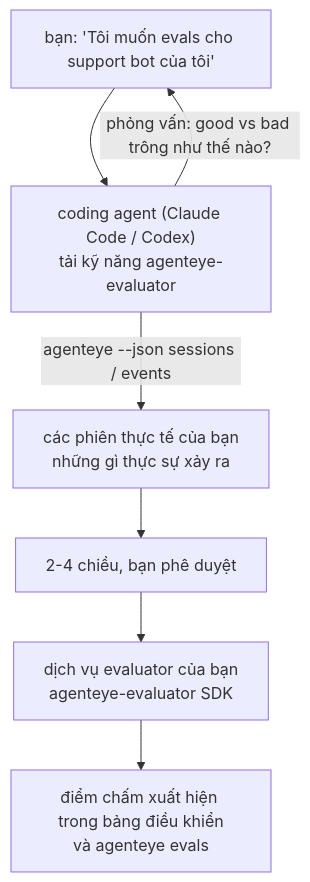
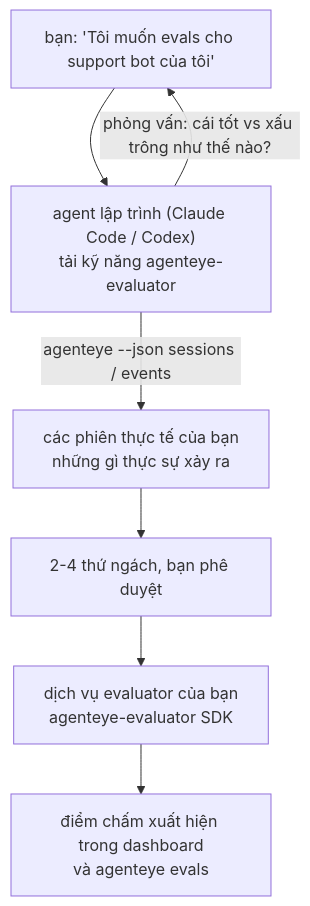
The diagram in docs/vi/agenteye/evaluator-skill.mdx (FailproofAI/failproofai), drawn with Mermaid before and after one commit. The commit also changed other lines of this file and 678 other files, not shown here.

````diff
--- a/docs/vi/agenteye/evaluator-skill.mdx
+++ b/docs/vi/agenteye/evaluator-skill.mdx
@@ -21,9 +21,9 @@
 ```mermaid
 flowchart TD
-    YOU["bạn: 'Tôi muốn evals cho support bot của tôi'"] --> AGENT["coding agent (Claude Code / Codex)<br/>tải kỹ năng agenteye-evaluator"]
-    AGENT -->|"phỏng vấn: good vs bad trông như thế nào?"| YOU
+    YOU["bạn: 'Tôi muốn evals cho support bot của tôi'"] --> AGENT["agent lập trình (Claude Code / Codex)<br/>tải kỹ năng agenteye-evaluator"]
+    AGENT -->|"phỏng vấn: cái tốt vs xấu trông như thế nào?"| YOU
     AGENT -->|"agenteye --json sessions / events"| DATA["các phiên thực tế của bạn<br/>những gì thực sự xảy ra"]
-    DATA --> DIMS["2-4 chiều, bạn phê duyệt"]
+    DATA --> DIMS["2-4 thứ ngách, bạn phê duyệt"]
     DIMS --> SVC["dịch vụ evaluator của bạn<br/>agenteye-evaluator SDK"]
-    SVC --> SCORES["điểm chấm xuất hiện trong bảng điều khiển<br/>và agenteye evals"]
+    SVC --> SCORES["điểm chấm xuất hiện trong dashboard<br/>và agenteye evals"]
 ```
````
